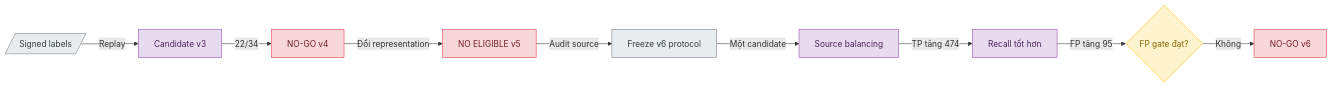
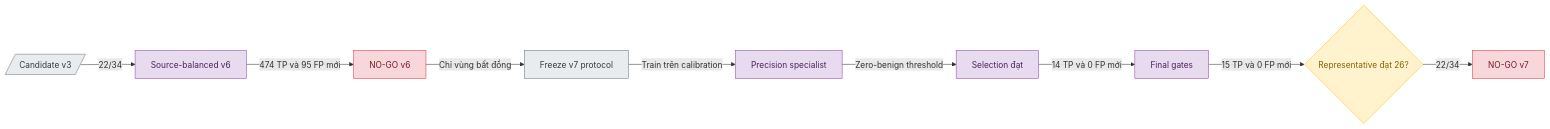
One commit to vmcchooky/safe-zone changed the diagram in docs/research/ml/representative-false-negative-analysis.md. Above: the diagram before and after it, drawn with Mermaid. The commit also changed other lines of this file and 5 other files, not shown here.

````diff
--- a/docs/research/ml/representative-false-negative-analysis.md
+++ b/docs/research/ml/representative-false-negative-analysis.md
@@ -12,20 +12,20 @@
 ```mermaid
 flowchart LR
-    A[/Signed labels/] -->|Replay| B[Candidate v3]
-    B -->|22/34| C[NO-GO v4]
-    C -->|Đổi representation| D[NO ELIGIBLE v5]
-    D -->|Audit source| E[Freeze v6 protocol]
-    E -->|Một candidate| F[Source balancing]
-    F -->|TP tăng 474| G[Recall tốt hơn]
-    G -->|FP tăng 95| H{FP gate đạt?}
-    H -->|Không| I[NO-GO v6]
+    A[/Candidate v3/] -->|22/34| B[Source-balanced v6]
+    B -->|474 TP và 95 FP mới| C[NO-GO v6]
+    C -->|Chỉ vùng bất đồng| D[Freeze v7 protocol]
+    D -->|Train trên calibration| E[Precision specialist]
+    E -->|Zero-benign threshold| F[Selection đạt]
+    F -->|14 TP và 0 FP mới| G[Final gates]
+    G -->|15 TP và 0 FP mới| H{Representative đạt 26?}
+    H -->|22/34| I[NO-GO v7]
 
     classDef input fill:#E9ECEF,stroke:#6C757D,color:#343A40
     classDef ai fill:#E8DAEF,stroke:#8E44AD,color:#4A235A
     classDef decision fill:#FFF3CD,stroke:#FFC107,color:#856404
     classDef blocked fill:#F8D7DA,stroke:#DC3545,color:#721C24
-    class A,E input
-    class B,F,G ai
+    class A,D input
+    class B,E,F,G ai
     class H decision
-    class C,D,I blocked
+    class C,I blocked
 ```
````
